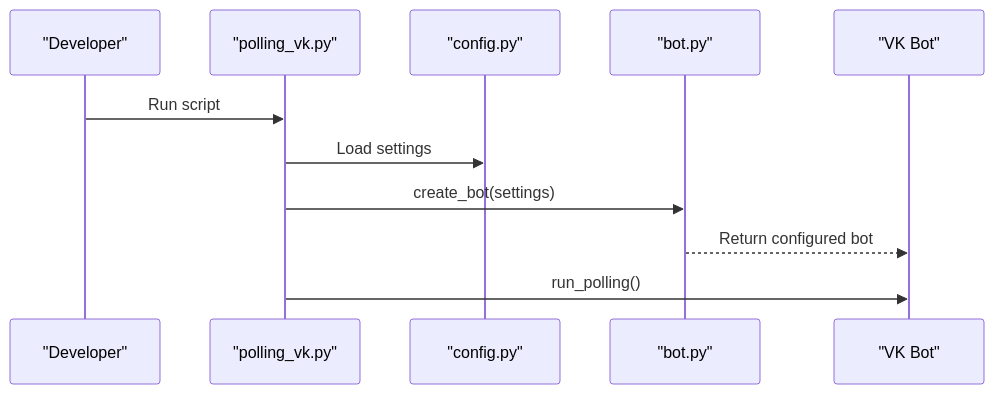
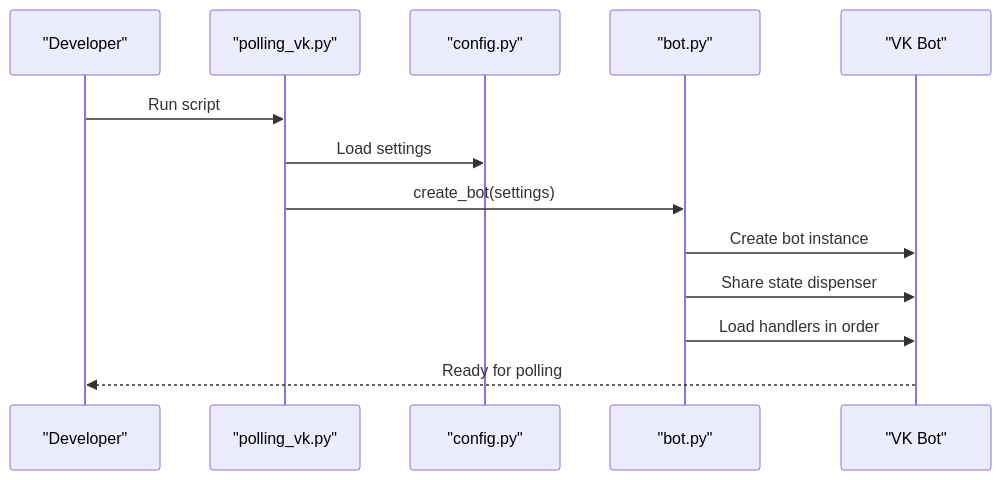
One commit to ognelis/cafetera_hr_bot changed the tenth of 10 diagrams in .qoder/repowiki/en/content/Keyboard System.md. Above: the diagram before and after it, drawn with Mermaid. The commit also changed other lines of this file and 15 other files, not shown here.

````diff
--- a/.qoder/repowiki/en/content/Keyboard System.md
+++ b/.qoder/repowiki/en/content/Keyboard System.md
@@ -397,13 +544,15 @@
 ```mermaid
 sequenceDiagram
 participant Dev as "Developer"
 participant Script as "polling_vk.py"
 participant Config as "config.py"
 participant Factory as "bot.py"
 participant Bot as "VK Bot"
 Dev->>Script : Run script
 Script->>Config : Load settings
 Script->>Factory : create_bot(settings)
-Factory-->>Bot : Return configured bot
-Script->>Bot : run_polling()
+Factory->>Bot : Create bot instance
+Factory->>Bot : Share state dispenser
+Factory->>Bot : Load handlers in order
+Bot-->>Dev : Ready for polling
 ```
````
